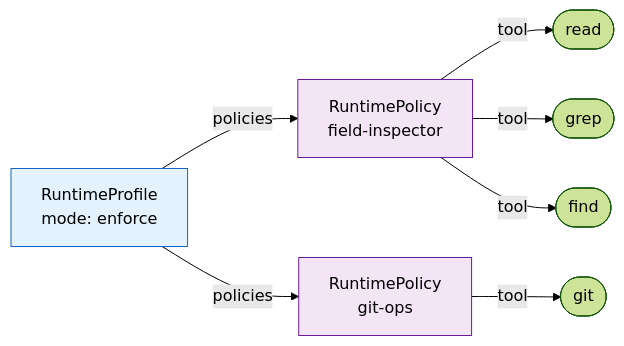
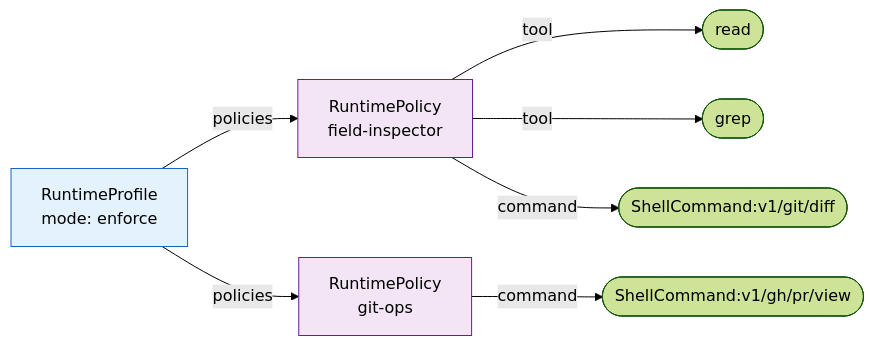
One commit to getlarge/themoltnet changed the first of 2 diagrams in docs/understand/agent-security.md. Above: the diagram before and after it, drawn with Mermaid (forest theme). The commit also changed other lines of this file and 39 other files, not shown here.

````diff
--- a/docs/understand/agent-security.md
+++ b/docs/understand/agent-security.md
@@ -102,19 +102,19 @@
 ```mermaid
 graph LR
     RP["RuntimeProfile<br/>mode: enforce"]
     POL1["RuntimePolicy<br/>field-inspector"]
     POL2["RuntimePolicy<br/>git-ops"]
     T1(["read"])
     T2(["grep"])
-    T3(["find"])
-    T4(["git"])
+    C1(["ShellCommand:v1/git/diff"])
+    C2(["ShellCommand:v1/gh/pr/view"])
     RP -->|policies| POL1
     RP -->|policies| POL2
     POL1 -->|tool| T1
     POL1 -->|tool| T2
-    POL1 -->|tool| T3
-    POL2 -->|tool| T4
+    POL1 -->|command| C1
+    POL2 -->|command| C2
     style RP fill:#e3f2fd,stroke:#1565c0
     style POL1 fill:#f3e5f5,stroke:#6a1b9a
     style POL2 fill:#f3e5f5,stroke:#6a1b9a
 ```
````
